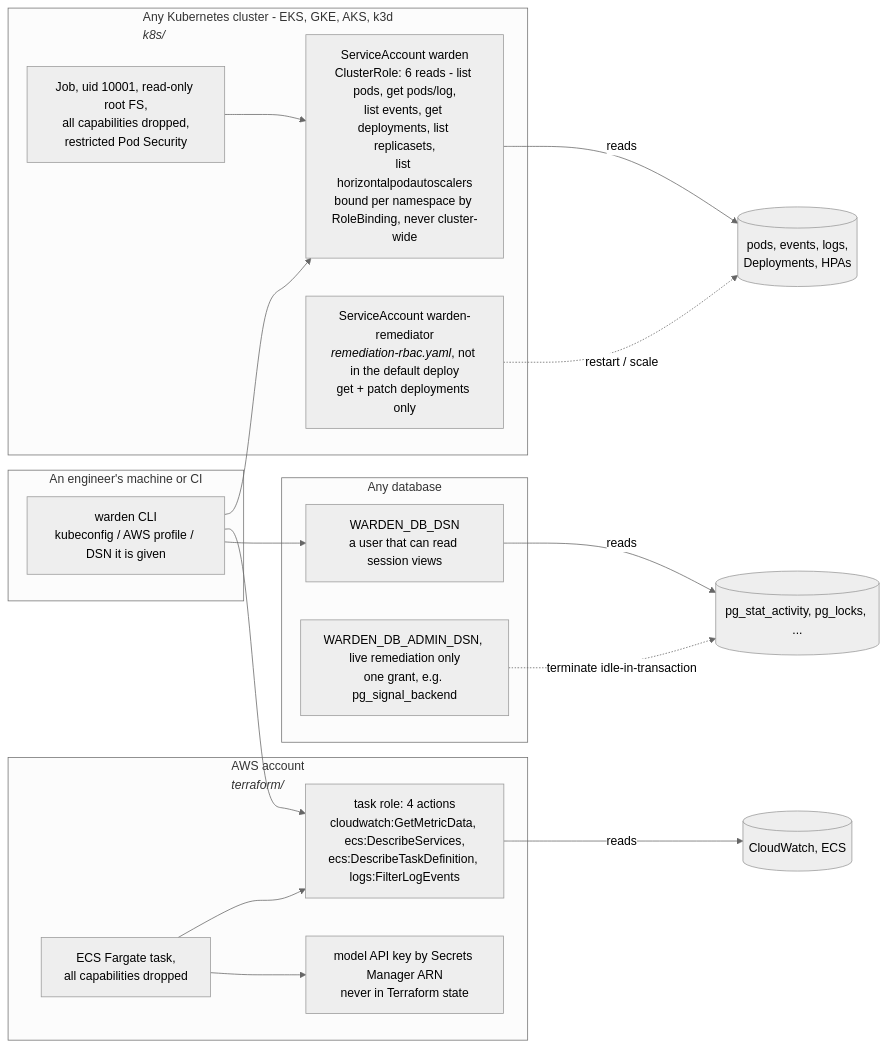
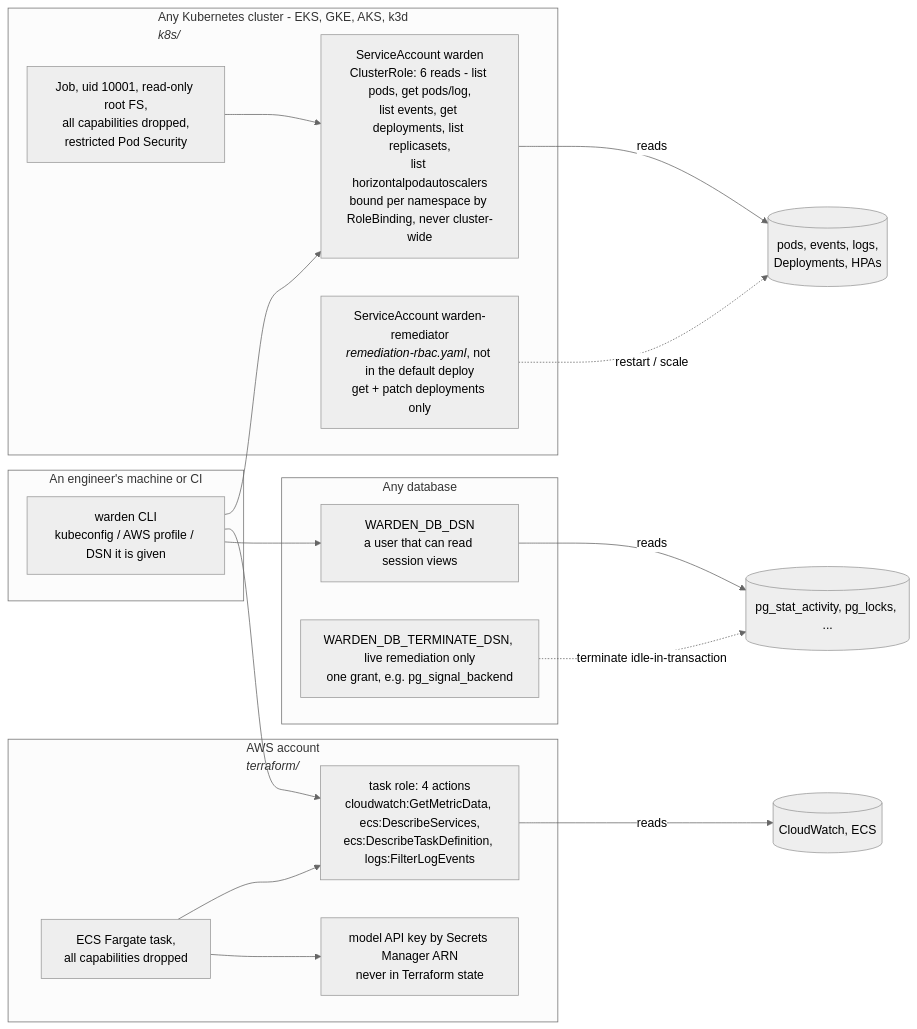
The eighth of 10 diagrams in README.md (veerarakesh56/warden), drawn with Mermaid (neutral theme) before and after one commit. The commit also changed other lines of this file and 15 other files, not shown here.

First line of the commit message:
Settings: the database DSNs are named for the one grant each carries

````diff
--- a/README.md
+++ b/README.md
@@ -875,29 +875,29 @@
 ```mermaid
 flowchart LR
     subgraph K8S[Any Kubernetes cluster - EKS, GKE, AKS, k3d<br/><i>k8s/</i>]
         J[Job, uid 10001, read-only root FS,<br/>all capabilities dropped,<br/>restricted Pod Security]
         SA[ServiceAccount warden<br/>ClusterRole: 6 reads - list pods, get pods/log,<br/>list events, get deployments, list replicasets,<br/>list horizontalpodautoscalers<br/>bound per namespace by RoleBinding, never cluster-wide]
         RSA[ServiceAccount warden-remediator<br/><i>remediation-rbac.yaml</i>, not in the default deploy<br/>get + patch deployments only]
         J --> SA
     end
     subgraph AWS[AWS account<br/><i>terraform/</i>]
         T[ECS Fargate task,<br/>all capabilities dropped]
         TR[task role: 4 actions<br/>cloudwatch:GetMetricData, ecs:DescribeServices,<br/>ecs:DescribeTaskDefinition, logs:FilterLogEvents]
         SM[model API key by Secrets Manager ARN<br/>never in Terraform state]
         T --> TR
         T --> SM
     end
     subgraph DB[Any database]
         RD[WARDEN_DB_DSN<br/>a user that can read session views]
-        AD[WARDEN_DB_ADMIN_DSN, live remediation only<br/>one grant, e.g. pg_signal_backend]
+        AD[WARDEN_DB_TERMINATE_DSN, live remediation only<br/>one grant, e.g. pg_signal_backend]
     end
     subgraph LAP[An engineer's machine or CI]
         C[warden CLI<br/>kubeconfig / AWS profile / DSN it is given]
     end
     SA -->|reads| PODS[(pods, events, logs,<br/>Deployments, HPAs)]
     TR -->|reads| CW[(CloudWatch, ECS)]
     RD -->|reads| SV[(pg_stat_activity, pg_locks, ...)]
     RSA -. restart / scale .-> PODS
     AD -. terminate idle-in-transaction .-> SV
     C --> SA & TR & RD
 ```
````
